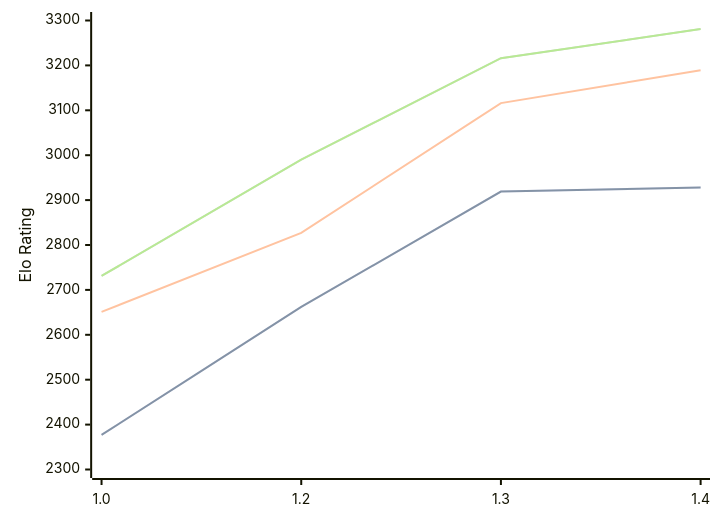
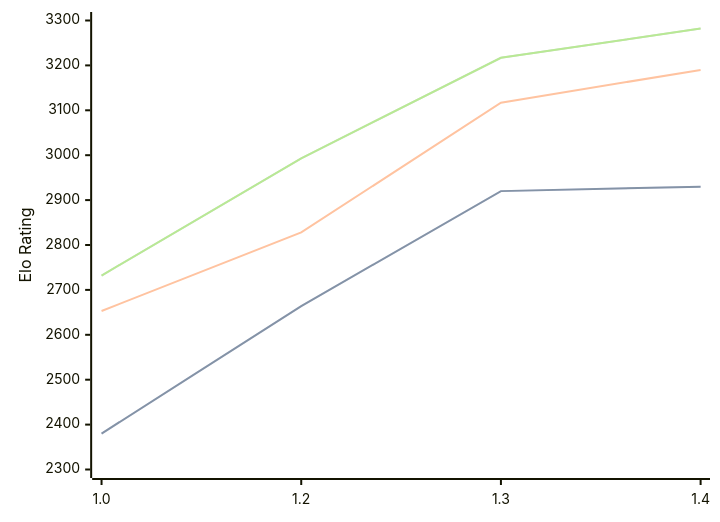
Before and after one commit to computer-chess-index/cci: the diagram in engines/Chessnix.md, drawn with Mermaid. The commit also changed other lines of this file, not shown here.

Commit message:
Update CCI Ratings (ELO VLTC) - 2026-05-16

````diff
--- a/engines/Chessnix.md
+++ b/engines/Chessnix.md
@@ -36,11 +36,11 @@
 ```mermaid
 %%{init: {"theme":"base","themeVariables":{"seriesColors:['#a3a3a3','#222221','#faa371']}}}%%
 xychart-beta
   x-axis ["1.0", "1.2", "1.3", "1.4"]
   y-axis "Elo Rating" 2300 --> 3300
-  line "STC (8.0+0.08s)" [2377, 2662, 2919, 2928]
-  line "STC (8.0+0.08s)" [2377, 2662, 2919, 2928]
-  line "LTC (60.0+0.60s)" [2651, 2827, 3116, 3189]
-  line "VLTC (2m24s+1.12s)" [2731, 2990, 3216, 3281]
-  line "VLTC (2m24s+1.12s)" [2731, 2990, 3216, 3281]
+  line "STC (8.0+0.08s)" [2380, 2664, 2920, 2930]
+  line "STC (8.0+0.08s)" [2380, 2664, 2920, 2930]
+  line "LTC (60.0+0.60s)" [2653, 2828, 3117, 3190]
+  line "VLTC (2m24s+1.12s)" [2732, 2993, 3217, 3282]
+  line "VLTC (2m24s+1.12s)" [2732, 2993, 3217, 3282]
 ```
````
